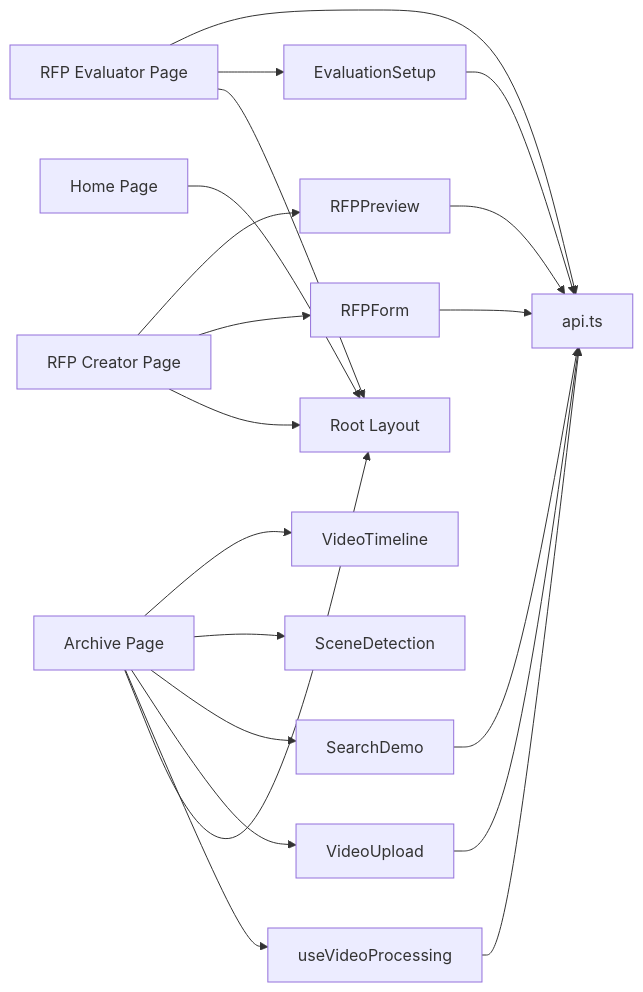
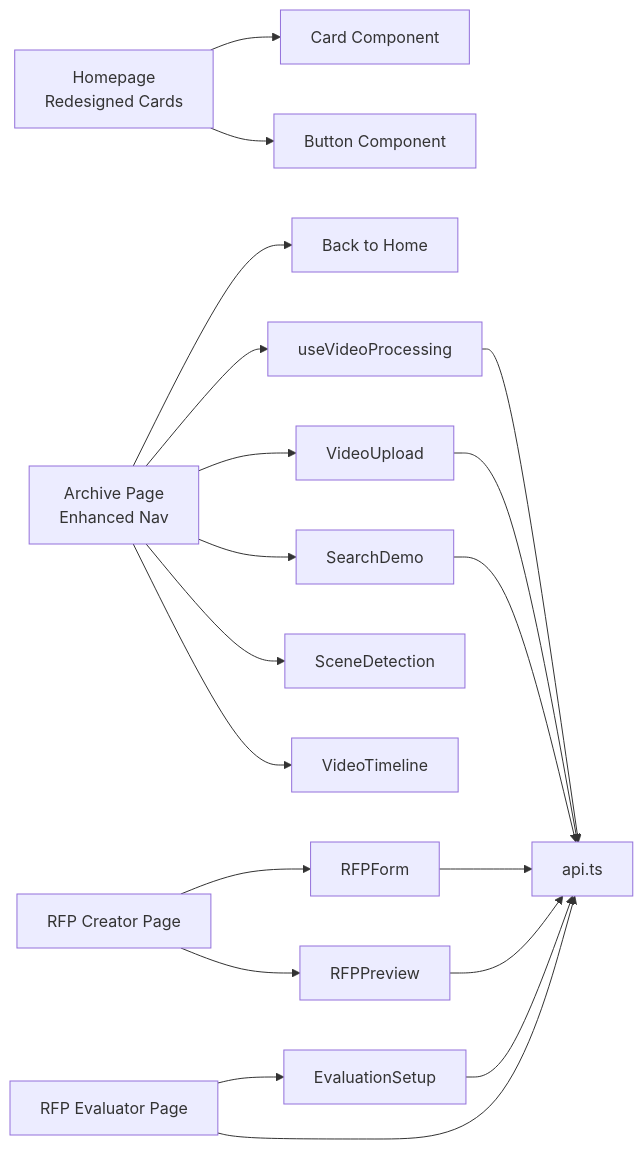
Before and after one commit to alexandreybasta-cyber/dubai-media-ai: the seventh of 7 diagrams in .qoder/repowiki/en/content/Frontend Application/Page Components & Routing/Page Components & Routing.md, drawn with Mermaid. The commit also changed other lines of this file and 4 other files, not shown here.

````diff
--- a/.qoder/repowiki/en/content/Frontend Application/Page Components & Routing/Page Components & Routing.md
+++ b/.qoder/repowiki/en/content/Frontend Application/Page Components & Routing/Page Components & Routing.md
@@ -373,22 +410,21 @@
 ```mermaid
 graph LR
-PAGE_HOME["Home Page"] --> LYT["Root Layout"]
-PAGE_ARCH["Archive Page"] --> LYT
-PAGE_RFP_C["RFP Creator Page"] --> LYT
-PAGE_RFP_E["RFP Evaluator Page"] --> LYT
+PAGE_HOME["Homepage<br/>Redesigned Cards"] --> COMP_CARD["Card Component"]
+PAGE_HOME --> COMP_BUTTON["Button Component"]
+PAGE_ARCH["Archive Page<br/>Enhanced Nav"] --> NAV_BACK["Back to Home"]
 PAGE_ARCH --> HOOK["useVideoProcessing"]
 PAGE_ARCH --> COMP_UPLOAD["VideoUpload"]
 PAGE_ARCH --> COMP_SEARCH["SearchDemo"]
 PAGE_ARCH --> COMP_SCENE["SceneDetection"]
 PAGE_ARCH --> COMP_TIMELINE["VideoTimeline"]
-PAGE_RFP_C --> COMP_FORM["RFPForm"]
+PAGE_RFP_C["RFP Creator Page"] --> COMP_FORM["RFPForm"]
 PAGE_RFP_C --> COMP_PREVIEW["RFPPreview"]
-PAGE_RFP_E --> COMP_SETUP["EvaluationSetup"]
+PAGE_RFP_E["RFP Evaluator Page"] --> COMP_SETUP["EvaluationSetup"]
 HOOK --> API["api.ts"]
 COMP_UPLOAD --> API
 COMP_SEARCH --> API
 COMP_FORM --> API
 COMP_PREVIEW --> API
 COMP_SETUP --> API
 PAGE_RFP_E --> API
 ```
````
